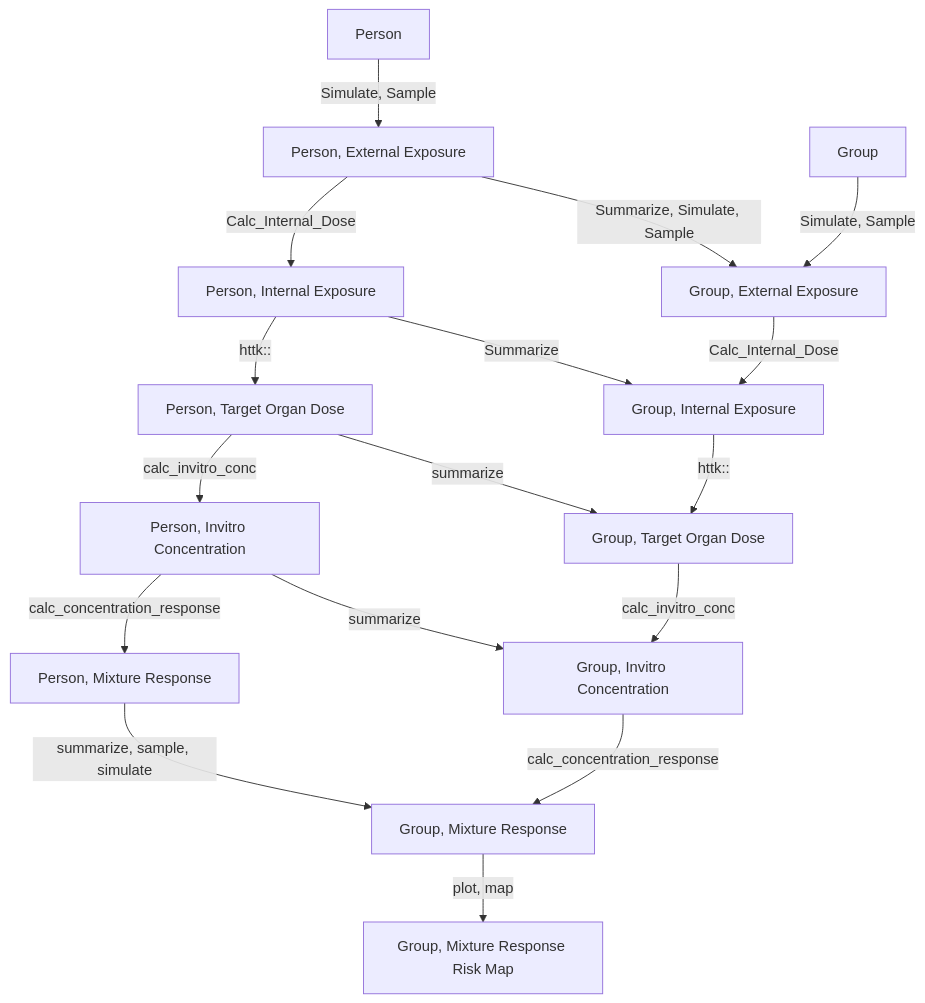
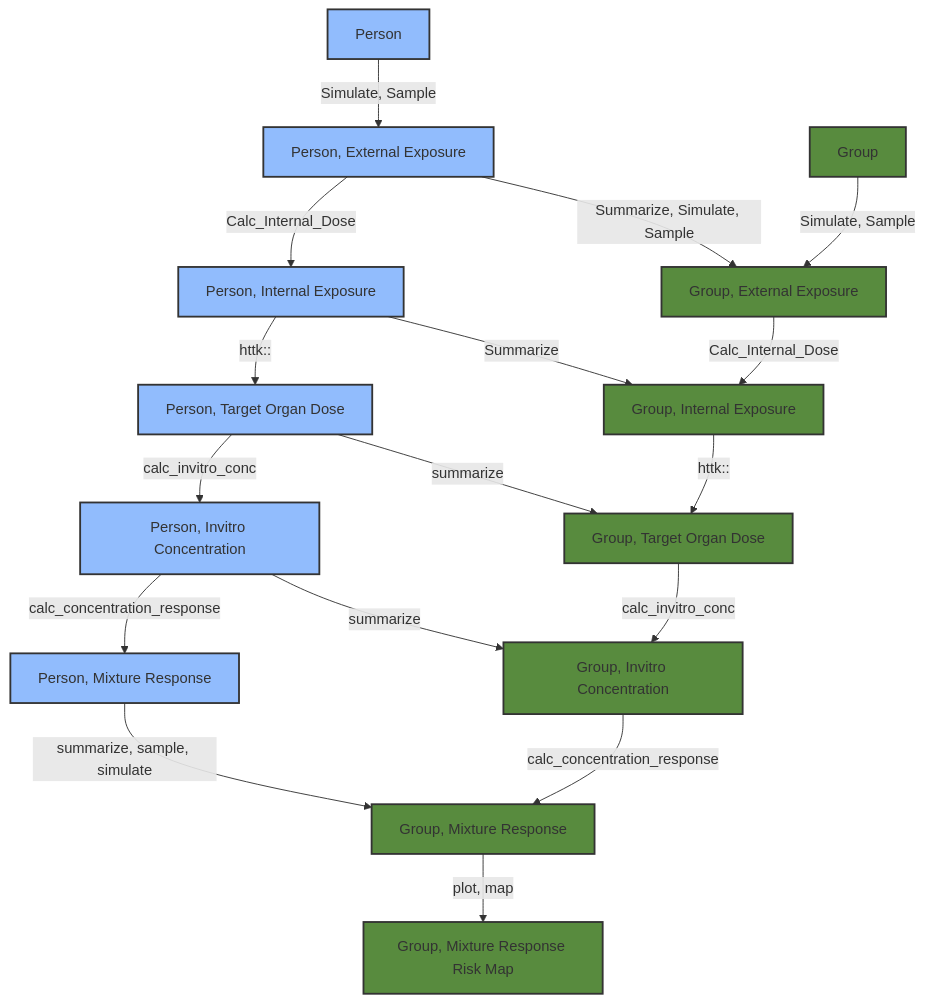
One commit to NIEHS/GeoTox changed the second of 2 diagrams in pipeline.md. Above: the diagram before and after it, drawn with Mermaid.

````diff
--- a/pipeline.md
+++ b/pipeline.md
@@ -17,20 +17,39 @@
 ```mermaid
+
 graph TB;
+
+    style P1 fill:#91bcfd , stroke:#333, stroke-width:2px, rounded:true;
+    style P2 fill:#91bcfd , stroke:#333, stroke-width:2px, rounded:true;
+    style P3 fill:#91bcfd , stroke:#333, stroke-width:2px, rounded:true;
+    style P4 fill:#91bcfd , stroke:#333, stroke-width:2px, rounded:true;
+    style P5 fill:#91bcfd , stroke:#333, stroke-width:2px, rounded:true;
+    style P6 fill:#91bcfd , stroke:#333, stroke-width:2px, rounded:true;
+
+    style G1 fill:#588b3e, stroke:#333, stroke-width:2px, rounded:true;
+    style G2 fill:#588b3e, stroke:#333, stroke-width:2px, rounded:true;
+    style G3 fill:#588b3e, stroke:#333, stroke-width:2px, rounded:true;
+    style G4 fill:#588b3e, stroke:#333, stroke-width:2px, rounded:true;
+    style G5 fill:#588b3e, stroke:#333, stroke-width:2px, rounded:true;
+    style G6 fill:#588b3e, stroke:#333, stroke-width:2px, rounded:true;
+    style G7 fill:#588b3e, stroke:#333, stroke-width:2px, rounded:true;
+
+
     P1[Person] --> |Simulate, Sample| P2[Person, External Exposure];
     G1[Group] --> |Simulate, Sample| G2[Group, External Exposure];
     P2[Person, External Exposure] --> |Summarize, Simulate, Sample| G2[Group, External Exposure];
     P2[Person, External Exposure] --> |Calc_Internal_Dose| P3[Person, Internal Exposure];
     P3[Person, Internal Exposure] --> |Summarize| G3[Group, Internal Exposure];
     G2[Group, External Exposure] --> |Calc_Internal_Dose| G3[Group, Internal Exposure];
     P3[Person, Internal Exposure] --> |httk::| P4[Person, Target Organ Dose];
     G3[Group, Internal Exposure]--> |httk::| G4[Group, Target Organ Dose];
     P4[Person, Target Organ Dose] --> |summarize| G4[Group, Target Organ Dose];
     P4[Person, Target Organ Dose] --> |calc_invitro_conc| P5[Person, Invitro Concentration];
     G4[Group, Target Organ Dose]--> |calc_invitro_conc| G5[Group, Invitro Concentration];
     P5[Person, Invitro Concentration] --> |summarize| G5[Group, Invitro Concentration];
     P5[Person, Invitro Concentration] --> |calc_concentration_response| P6[Person, Mixture Response];
     G5[Group, Invitro Concentration]--> |calc_concentration_response| G6[Group, Mixture Response];
     P6[Person, Mixture Response]--> |summarize, sample, simulate| G6[Group, Mixture Response];
     G6[Group, Mixture Response]--> |plot, map| G7[Group, Mixture Response Risk Map];
+
    
 ```
````
